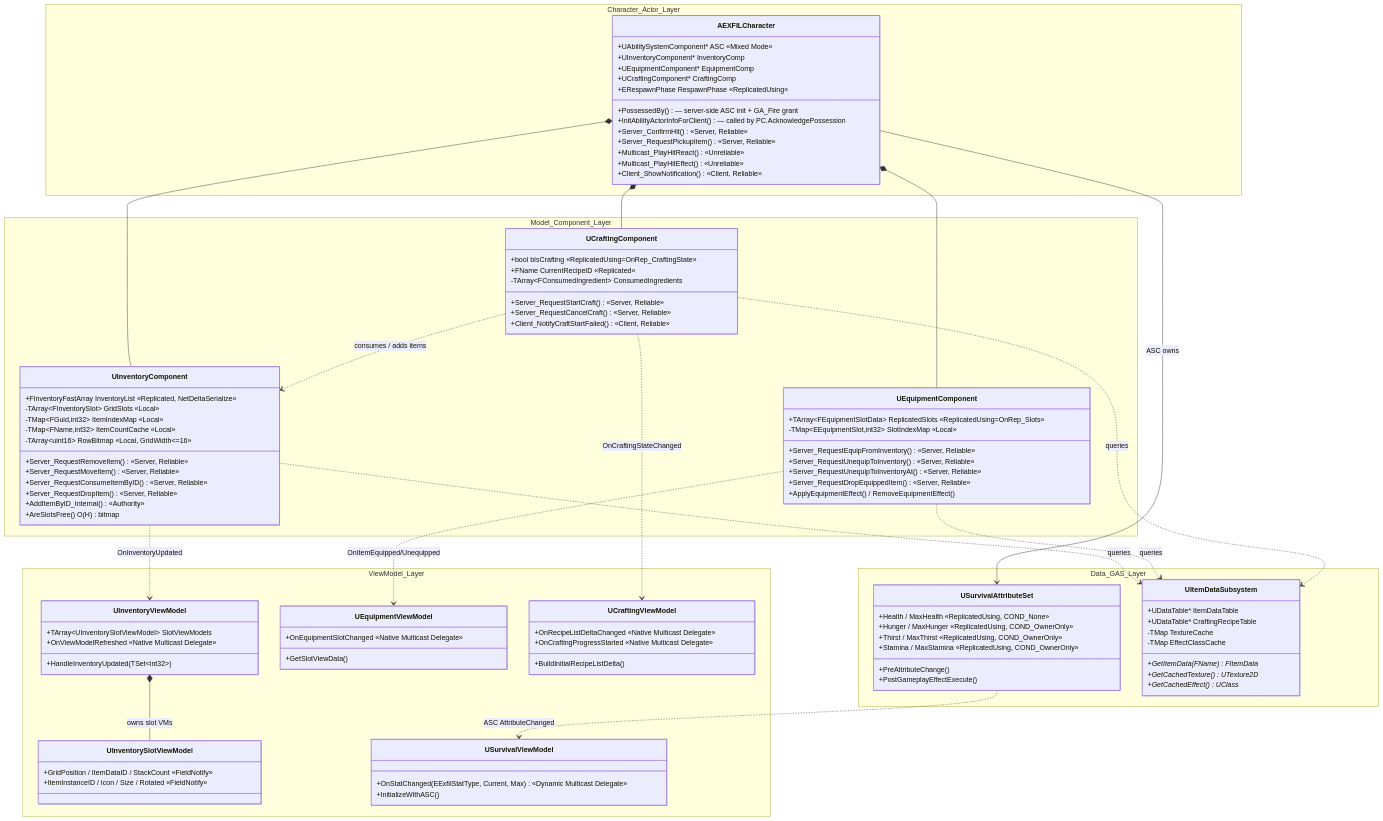
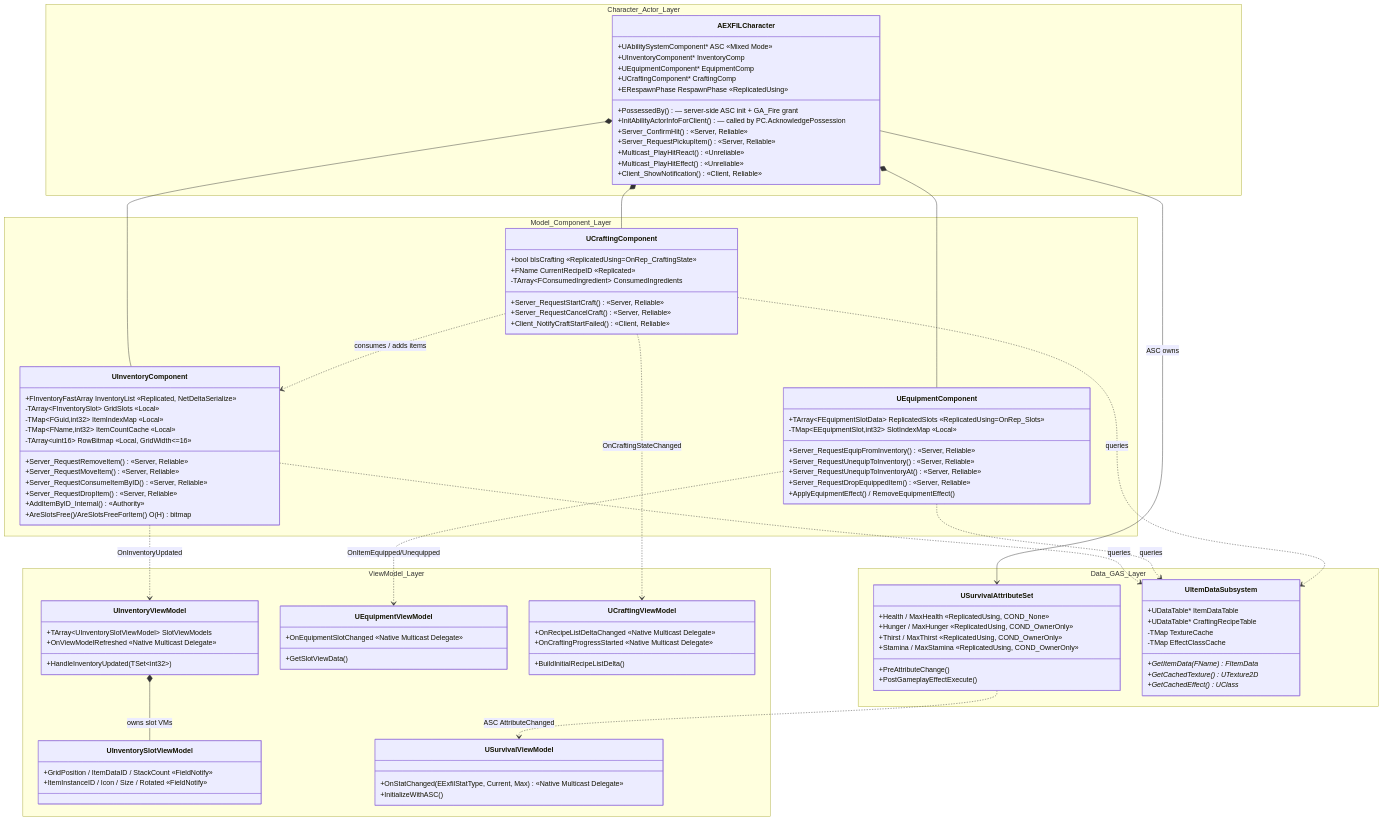
Before and after one commit to agnesAqr/project_EXFIL: the first of 3 diagrams in README.md, drawn with Mermaid. The commit also changed other lines of this file and 7 other files, not shown here.

```diff
--- a/README.md
+++ b/README.md
@@ -188,7 +188,7 @@
             +Server_RequestConsumeItemByID() «Server, Reliable»
             +Server_RequestDropItem() «Server, Reliable»
             +AddItemByID_Internal()  «Authority»
-            +AreSlotsFree() O(H) bitmap
+            +AreSlotsFree()/AreSlotsFreeForItem() O(H) bitmap
         }
 
         class UEquipmentComponent {
@@ -235,7 +235,7 @@
         }
 
         class USurvivalViewModel {
-            +OnStatChanged(EExfilStatType, Current, Max) «Dynamic Multicast Delegate»
+            +OnStatChanged(EExfilStatType, Current, Max) «Native Multicast Delegate»
             +InitializeWithASC()
         }
     }
```
